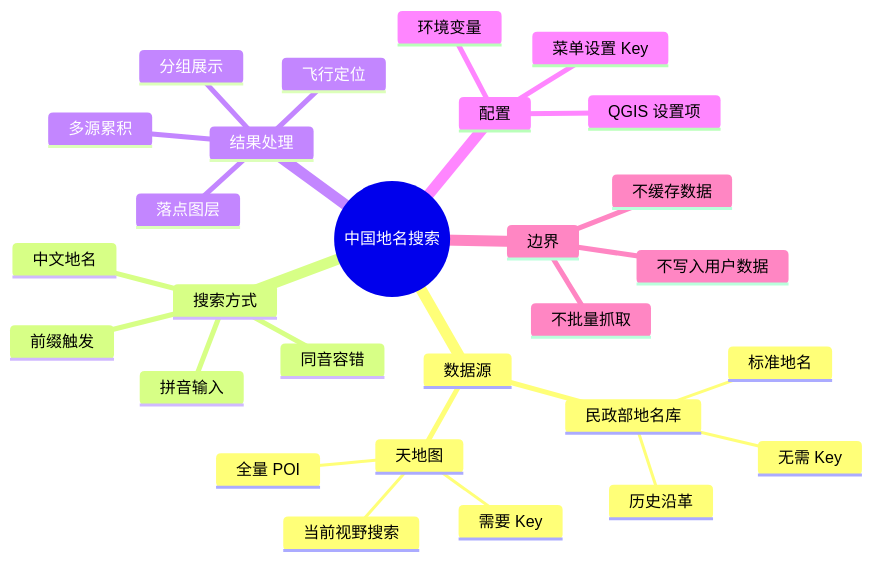
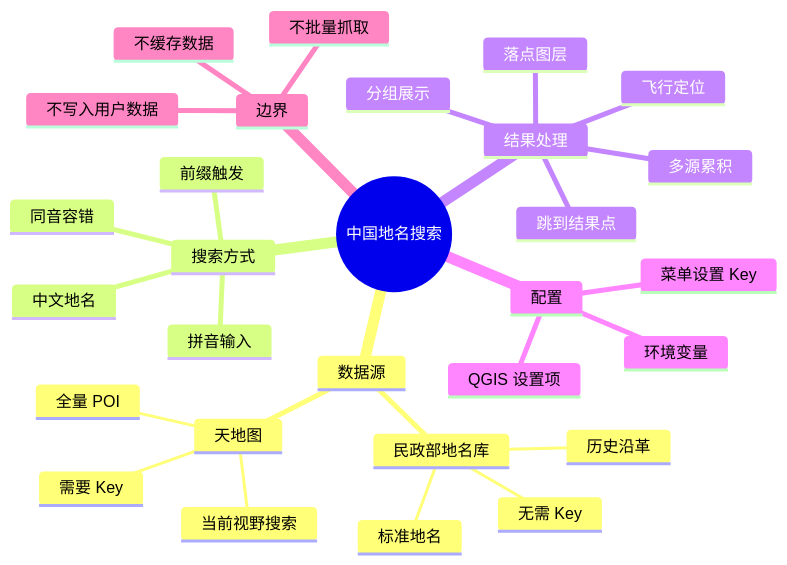
The second of 3 diagrams in README.md (EWlaker/qgis-cn-place-search), drawn with Mermaid before and after one commit. The commit also changed other lines of this file and 2 other files, not shown here.

````diff
--- a/README.md
+++ b/README.md
@@ -187,31 +219,32 @@
 ```mermaid
 mindmap
   root((中国地名搜索))
     数据源
       民政部地名库
         标准地名
         历史沿革
         无需 Key
       天地图
         全量 POI
         当前视野搜索
         需要 Key
     搜索方式
       中文地名
       拼音输入
       同音容错
       前缀触发
     结果处理
       分组展示
       飞行定位
       落点图层
+      跳到结果点
       多源累积
     配置
       菜单设置 Key
       QGIS 设置项
       环境变量
     边界
       不缓存数据
       不批量抓取
       不写入用户数据
 ```
````
